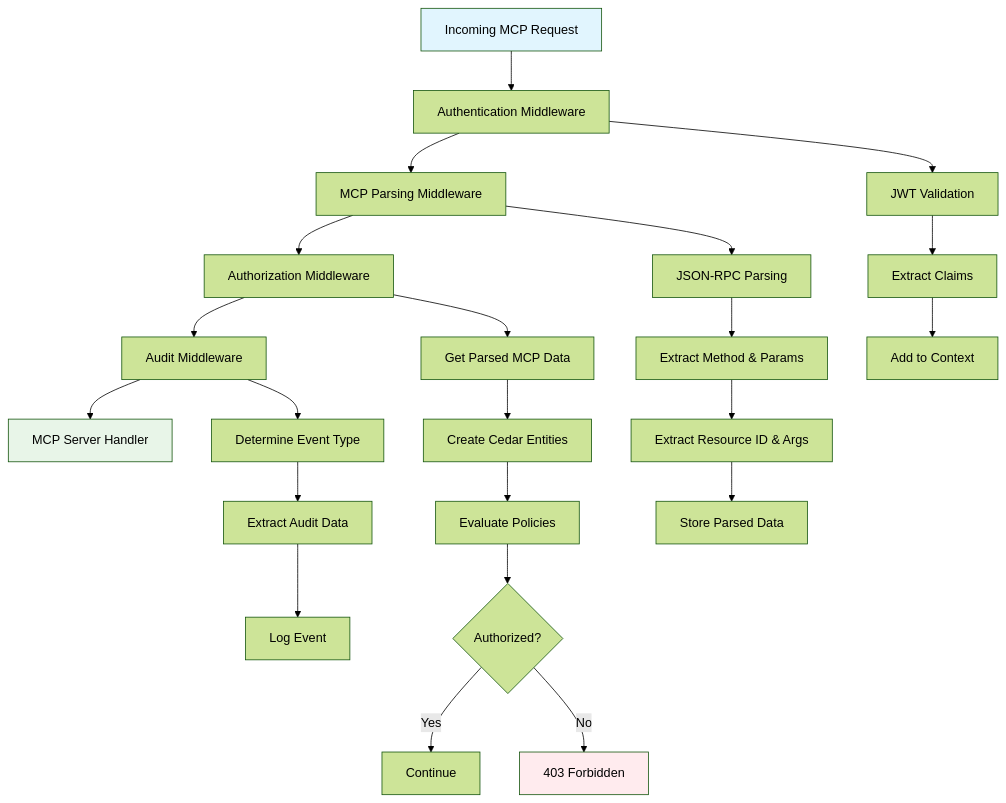
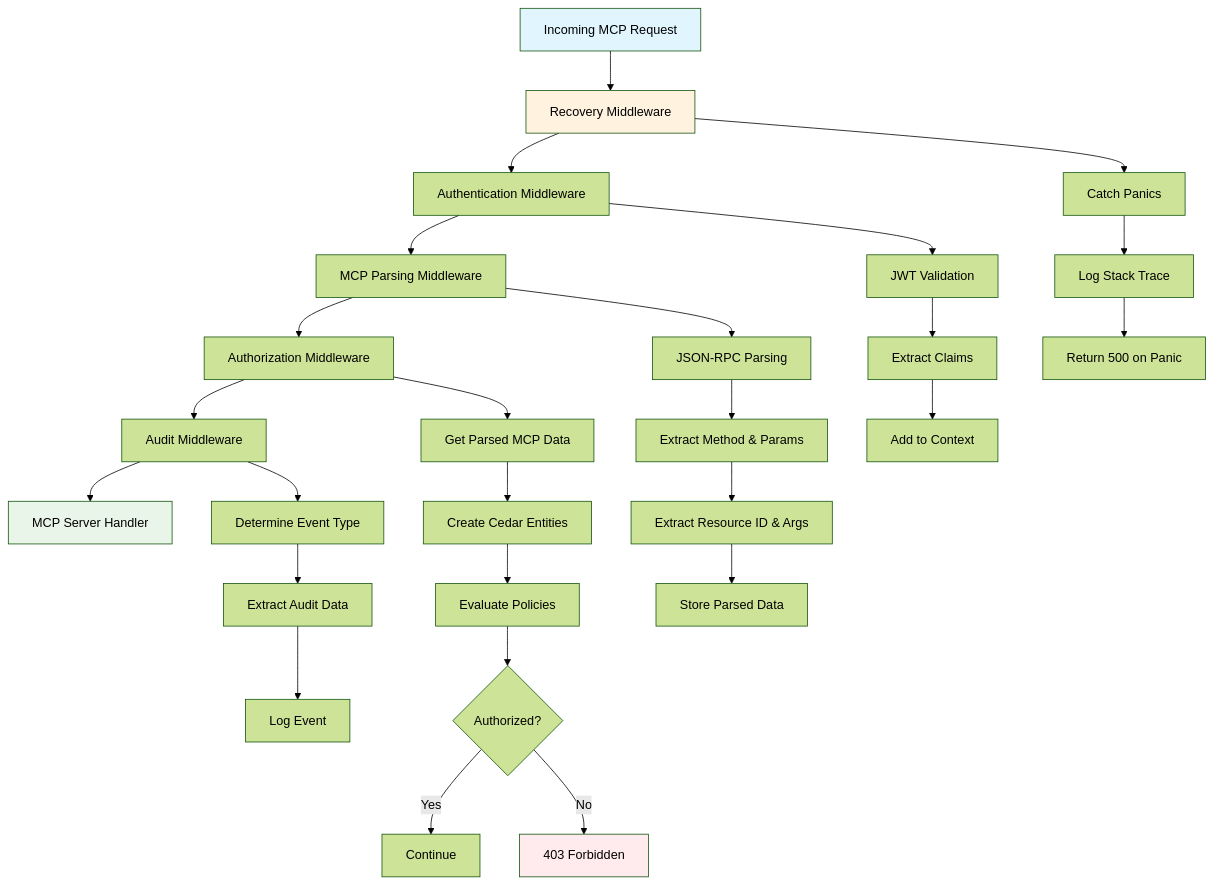
One commit to stacklok/toolhive changed the first of 4 diagrams in docs/middleware.md. Above: the diagram before and after it, drawn with Mermaid (forest theme). The commit also changed other lines of this file and 1 other file, not shown here.

First line of the commit message:
Update middleware documentation for completeness and accuracy

````diff
--- a/docs/middleware.md
+++ b/docs/middleware.md
@@ -22,32 +26,38 @@
 ```mermaid
 graph TD
-    A[Incoming MCP Request] --> B[Authentication Middleware]
+    A[Incoming MCP Request] --> R[Recovery Middleware]
+    R --> B[Authentication Middleware]
     B --> C[MCP Parsing Middleware]
     C --> D[Authorization Middleware]
     D --> E[Audit Middleware]
     E --> F[MCP Server Handler]
-    
+
+    R --> R1[Catch Panics]
+    R1 --> R2[Log Stack Trace]
+    R2 --> R3[Return 500 on Panic]
+
     B --> B1[JWT Validation]
     B1 --> B2[Extract Claims]
     B2 --> B3[Add to Context]
-    
+
     C --> C1[JSON-RPC Parsing]
     C1 --> C2[Extract Method & Params]
     C2 --> C3[Extract Resource ID & Args]
     C3 --> C4[Store Parsed Data]
-    
+
     D --> D1[Get Parsed MCP Data]
     D1 --> D2[Create Cedar Entities]
     D2 --> D3[Evaluate Policies]
     D3 --> D4{Authorized?}
     D4 -->|Yes| D5[Continue]
     D4 -->|No| D6[403 Forbidden]
-    
+
     E --> E1[Determine Event Type]
     E1 --> E2[Extract Audit Data]
     E2 --> E3[Log Event]
-    
+
     style A fill:#e1f5fe
+    style R fill:#fff3e0
     style F fill:#e8f5e8
     style D6 fill:#ffebee
 ```
````
